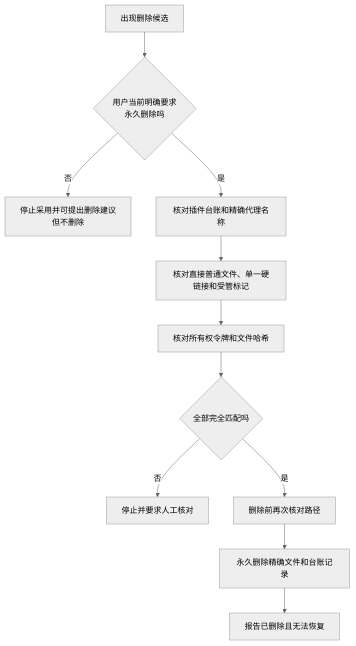
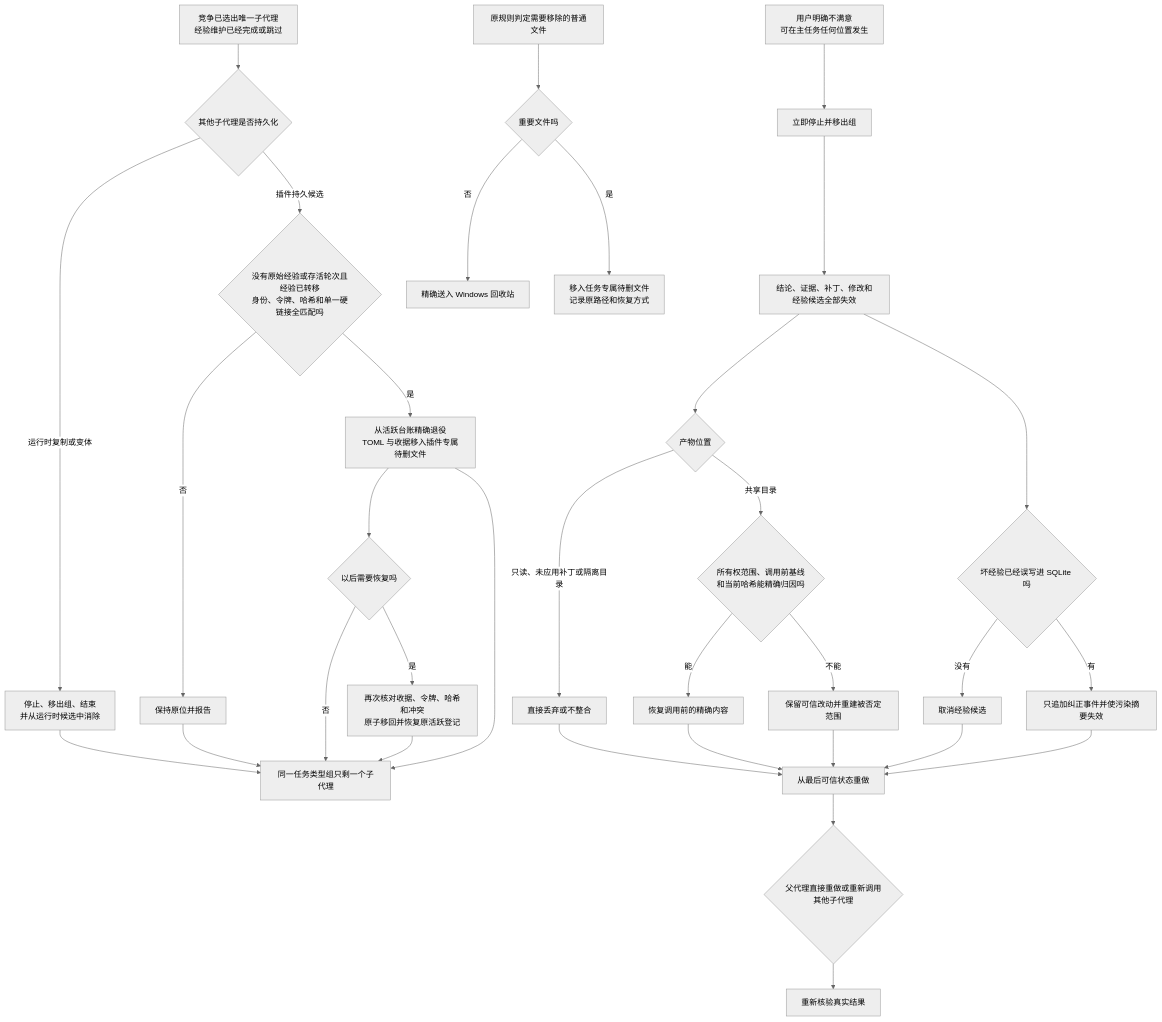
One commit to Lang45/codex-lean-stack changed diagram 12 of 13 in skills/lean-stack/references/flowcharts-zh.md. Above: the diagram before and after it, drawn with Mermaid (neutral theme). The commit also changed other lines of this file and 25 other files, not shown here.

````diff
--- a/skills/lean-stack/references/flowcharts-zh.md
+++ b/skills/lean-stack/references/flowcharts-zh.md
@@ -285,13 +570,35 @@
 ```mermaid
 flowchart TD
-    A[出现删除候选] --> B{用户当前明确要求<br/>永久删除吗}
-    B -->|否| C[停止采用并可提出删除建议<br/>但不删除]
-    B -->|是| D[核对插件台账和精确代理名称]
-    D --> E[核对直接普通文件、单一硬链接和受管标记]
-    E --> F[核对所有权令牌和文件哈希]
-    F --> G{全部完全匹配吗}
-    G -->|否| H[停止并要求人工核对]
-    G -->|是| I[删除前再次核对路径]
-    I --> J[永久删除精确文件和台账记录]
-    J --> K[报告已删除且无法恢复]
+    A[竞争已选出唯一子代理<br/>经验维护已经完成或跳过] --> C{其他子代理是否持久化}
+    C -->|运行时复制或变体| D[停止、移出组、结束<br/>并从运行时候选中消除]
+    C -->|插件持久候选| E{没有原始经验或存活轮次且经验已转移<br/>身份、令牌、哈希和单一硬链接全匹配吗}
+    E -->|否| F[保持原位并报告]
+    E -->|是| G[从活跃台账精确退役<br/>TOML 与收据移入插件专属待删文件]
+    G --> G2{以后需要恢复吗}
+    G2 -->|否| H
+    G2 -->|是| G3[再次核对收据、令牌、哈希和冲突<br/>原子移回并恢复原活跃登记]
+    G3 --> H
+    D --> H[同一任务类型组只剩一个子代理]
+    F --> H
+    G --> H
+    B[用户明确不满意<br/>可在主任务任何位置发生] --> I[立即停止并移出组]
+    I --> J[结论、证据、补丁、修改和经验候选全部失效]
+    J --> K{产物位置}
+    K -->|只读、未应用补丁或隔离目录| L[直接丢弃或不整合]
+    K -->|共享目录| M{所有权范围、调用前基线<br/>和当前哈希能精确归因吗}
+    M -->|能| N[恢复调用前的精确内容]
+    M -->|不能| O[保留可信改动并重建被否定范围]
+    J --> P{坏经验已经误写进 SQLite 吗}
+    P -->|没有| Q[取消经验候选]
+    P -->|有| R[只追加纠正事件并使污染摘要失效]
+    L --> S[从最后可信状态重做]
+    N --> S
+    O --> S
+    Q --> S
+    R --> S
+    S --> T{父代理直接重做或重新调用其他子代理}
+    T --> U[重新核验真实结果]
+    V[原规则判定需要移除的普通文件] --> W{重要文件吗}
+    W -->|否| X[精确送入 Windows 回收站]
+    W -->|是| Y[移入任务专属待删文件<br/>记录原路径和恢复方式]
 ```
````
